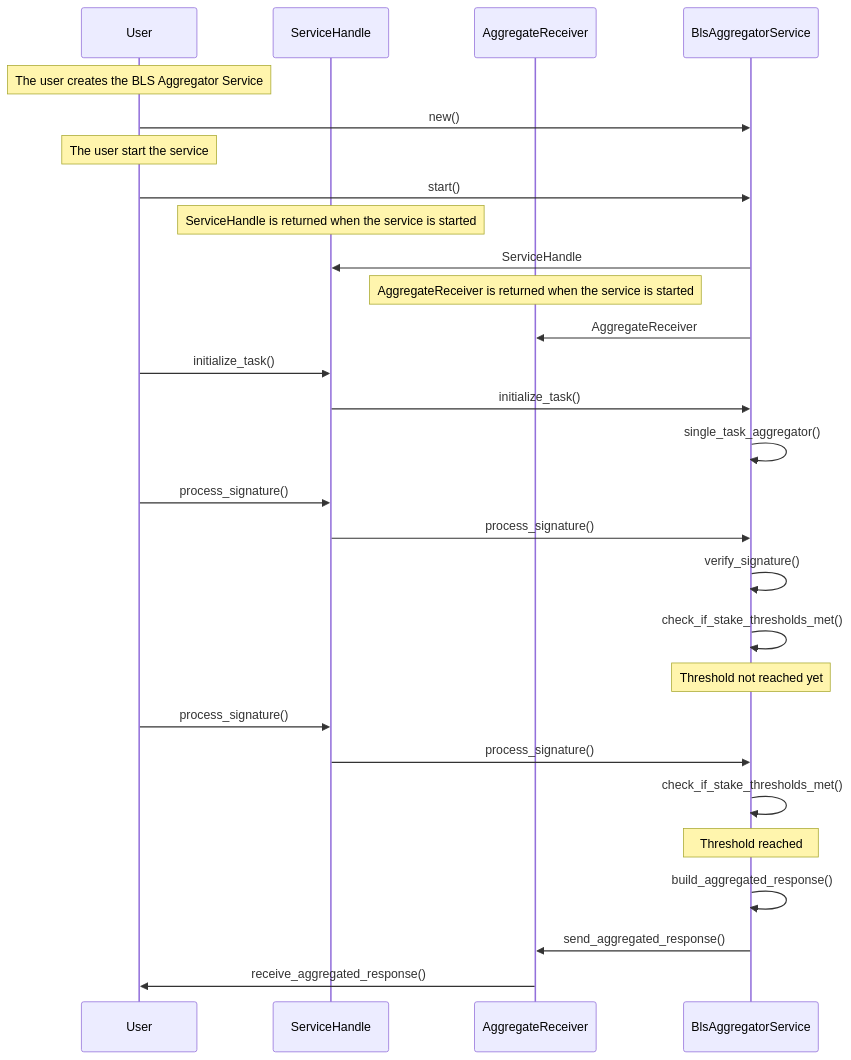
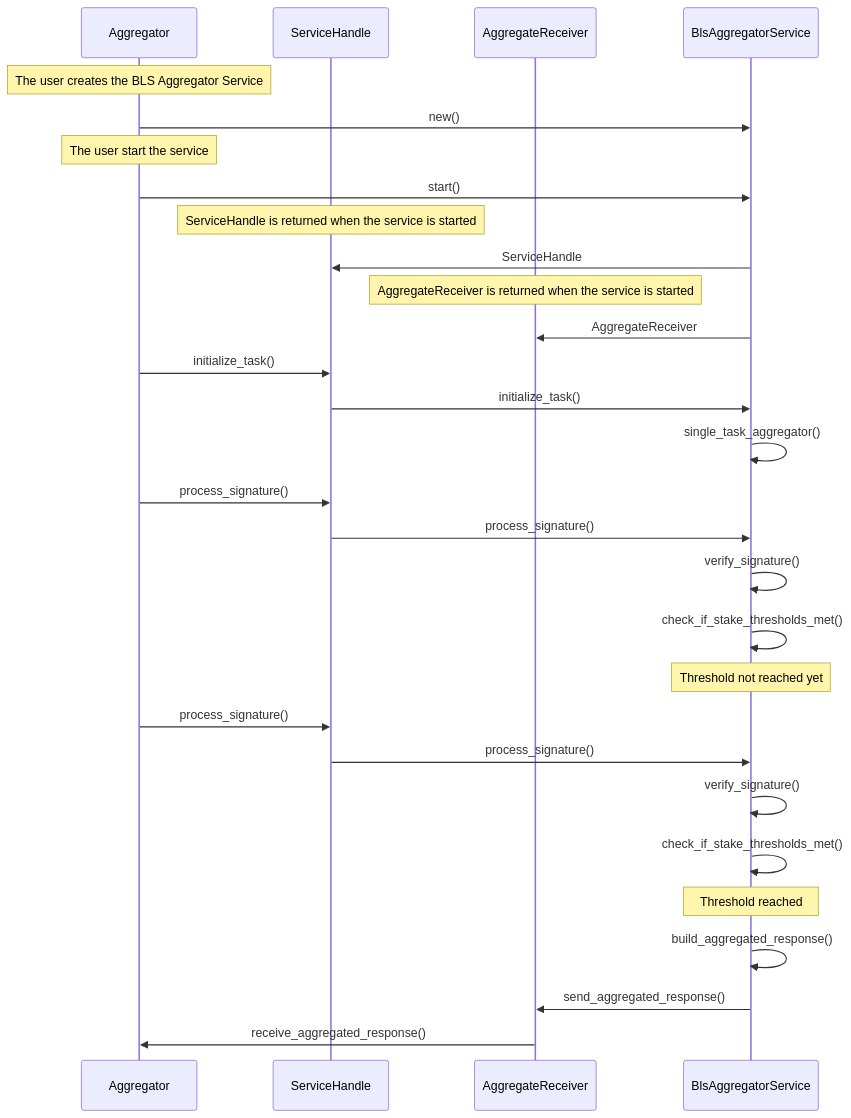
Before and after one commit to Layr-Labs/eigensdk-rs: the diagram in crates/services/bls_aggregation/README.md, drawn with Mermaid.

Commit message:
docs: update name in mermaid diagram

````diff
--- a/crates/services/bls_aggregation/README.md
+++ b/crates/services/bls_aggregation/README.md
@@ -145,46 +145,50 @@
 ```mermaid
 sequenceDiagram
-    participant U as User
+    participant U as Aggregator
     participant SH as ServiceHandle
     participant AR as AggregateReceiver
     participant BLS as BlsAggregatorService
 
     note over U: The user creates the BLS Aggregator Service
     U->>BLS: new()
     note over U: The user start the service
     U->>BLS: start()
 
     note over SH: ServiceHandle is returned when the service is started
     BLS->>SH: ServiceHandle 
 
     note over AR: AggregateReceiver is returned when the service is started
     BLS->>AR: AggregateReceiver 
 
     U->>SH: initialize_task() # REVIEW
 
     SH->>BLS: initialize_task()
 
     BLS->>BLS: single_task_aggregator()
     
     U->>SH: process_signature() # REVIEW
 
     SH->>BLS: process_signature()
 
     BLS->>BLS: verify_signature()
 
     BLS->>BLS: check_if_stake_thresholds_met()
+
     note over BLS: Threshold not reached yet
 
     U->>SH: process_signature() # REVIEW
 
     SH->>BLS: process_signature()
 
+    BLS->>BLS: verify_signature()
+
     BLS->>BLS: check_if_stake_thresholds_met()
+    
     note over BLS: Threshold reached
     
     BLS->>BLS: build_aggregated_response()
 
     BLS->>AR: send_aggregated_response()
 
     AR->>U: receive_aggregated_response()
 ```
````
